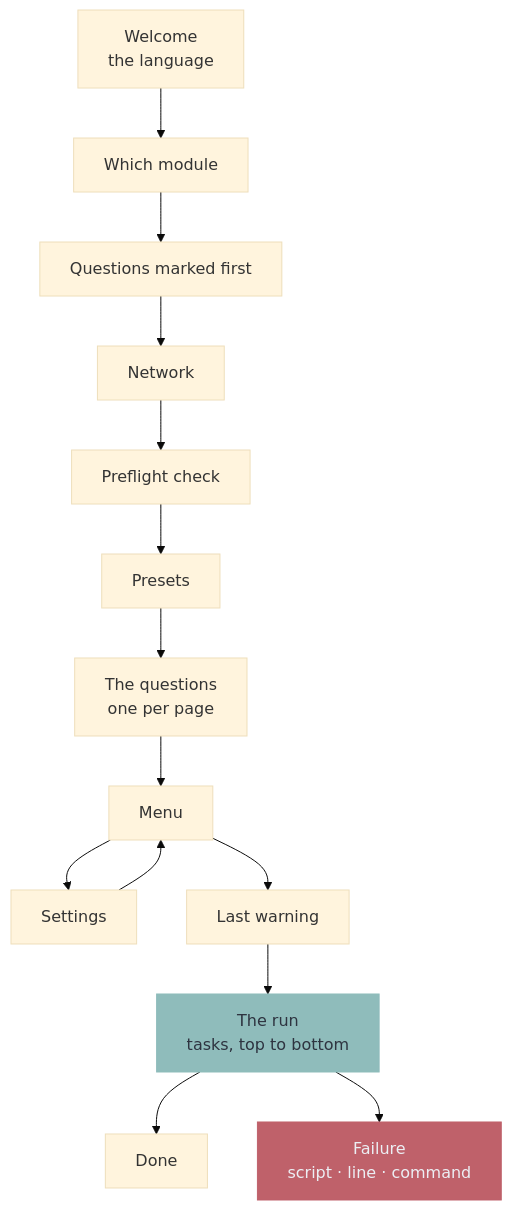
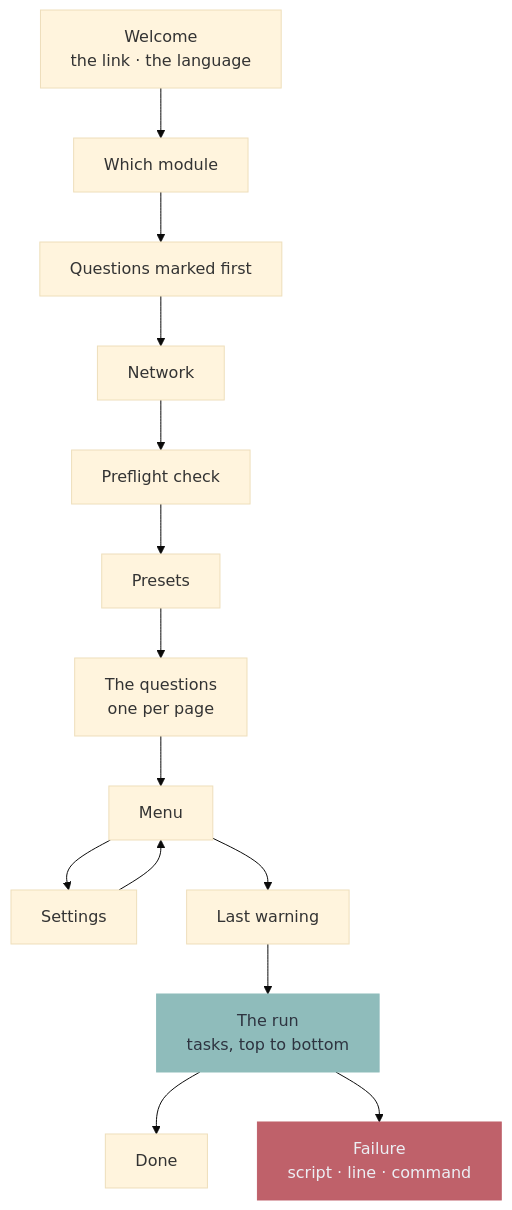
Before and after one commit to murkl/oak: the second of 3 diagrams in docs/README.md, drawn with Mermaid (base theme). The commit also changed other lines of this file and 21 other files, not shown here.

````diff
--- a/docs/README.md
+++ b/docs/README.md
@@ -73,14 +73,14 @@
 ```mermaid
 flowchart TD
-    L["Welcome<br/>the language"] --> W["Which module"] --> Q1["Questions marked first"]
+    L["Welcome<br/>the link · the language"] --> W["Which module"] --> Q1["Questions marked first"]
     Q1 --> N["Network"] --> P["Preflight check"] --> PR["Presets"]
     PR --> Q["The questions<br/>one per page"]
     Q --> H["Menu"]
     H --> SE["Settings"] --> H
     H --> CF["Last warning"] --> R["The run<br/>tasks, top to bottom"]
     R --> OK["Done"]
     R --> ER["Failure<br/>script · line · command"]
 
     style ER fill:#bf616a,stroke:#bf616a,color:#eceff4
     style R fill:#8fbcbb,stroke:#8fbcbb,color:#2e3440
 ```
````
